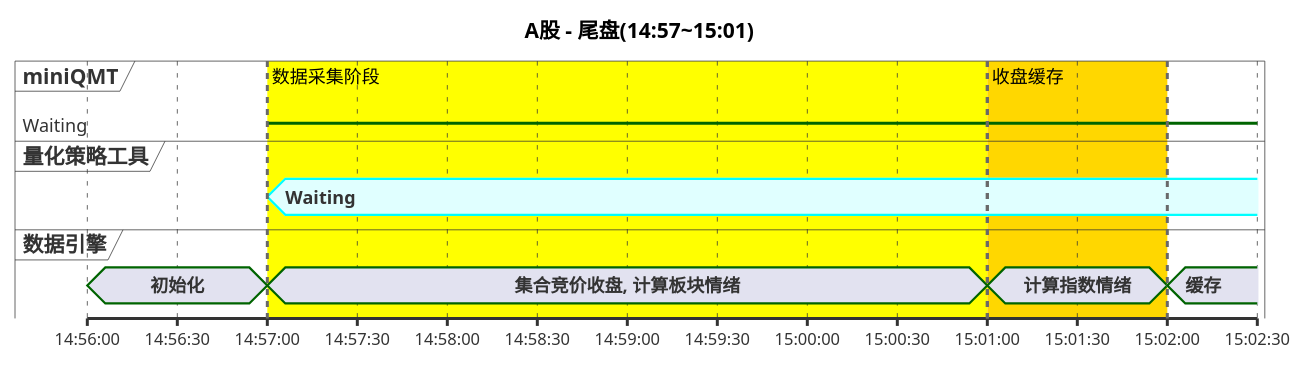
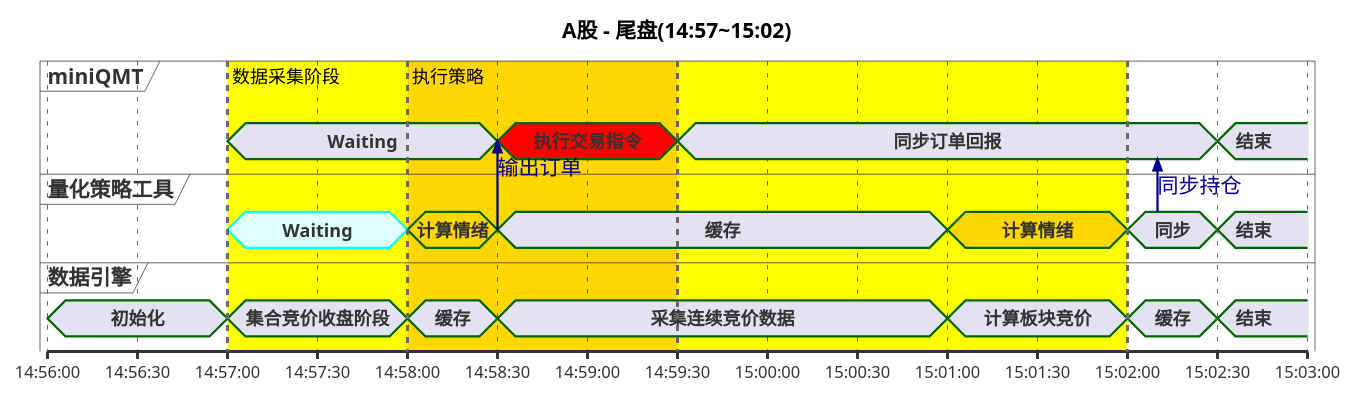
The diagram in docs/quant-pm.puml (quant1x/engine), drawn with PlantUML before and after one commit.

Commit message:
修订尾盘先手时序图

```diff
--- a/docs/quant-pm.puml
+++ b/docs/quant-pm.puml
@@ -1,23 +1,50 @@
 @startuml
-title A股 - 尾盘(14:57~15:01)
-robust "miniQMT" as QMT
+title A股 - 尾盘(14:57~15:02)
+concise "miniQMT" as QMT
 concise "量化策略工具" as Quant
 concise "数据引擎" as Stock
 scale 30 as 60 pixels
 
 @14:56:00
 Stock is 初始化
 
 @14:57:00
-Stock is "集合竞价收盘, 计算板块情绪"
+Stock is "集合竞价收盘阶段"
 Quant is Waiting #LightCyan;line:Aqua
 QMT is Waiting
 
+@14:58:00
+Stock is 缓存
+Quant is 计算情绪 #Gold
+@14:58:30
+Stock is 采集连续竞价数据
+Quant is 缓存
+Quant ->QMT: 输出订单
+
+@14:58:30
+QMT is 执行交易指令 #Red
+Quant is ok
+
+@14:59:30
+QMT is 同步订单回报
+
 @15:01:00
-Stock is "计算指数情绪"
+Stock is 计算板块竞价
+Quant is 计算情绪 #Gold
 
 @15:02:00
 Stock is 缓存
-highlight 14:57:00 to 15:01:00 #Yellow;line:DimGrey : 数据采集阶段
-highlight 15:01:00 to 15:02:00 #Gold;line:DimGrey : 收盘缓存
+Quant is 同步
+
+@15:02:10
+Quant -> QMT: 同步持仓
+
+highlight 14:57:00 to 15:02:00 #Yellow;line:DimGrey : 数据采集阶段
+highlight 14:58:00 to 14:59:30 #Gold;line:DimGrey : 执行策略
+
+@15:02:30
+QMT is 结束
+Quant is 结束
+Stock is 结束
+
 @enduml
```
